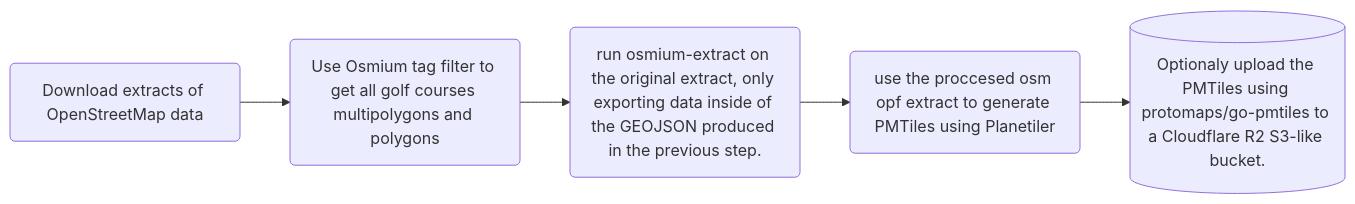
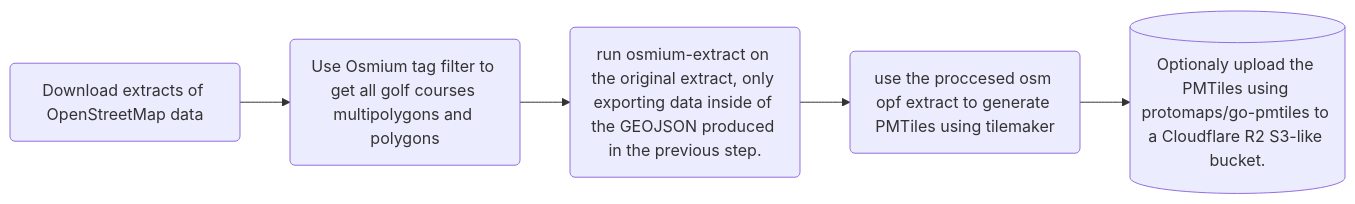
One commit to HuggeK/golfTiles changed the diagram in README.md. Above: the diagram before and after it, drawn with Mermaid.

Commit message:
Changed to be using tilemaker instead of PlanetTiler.

````diff
--- a/README.md
+++ b/README.md
@@ -46,10 +46,10 @@
 ```mermaid
 flowchart LR
-   download(Download extracts of OpenStreetMap data) --> tagfilter(Use Osmium tag filter to get all golf courses multipolygons and polygons) --> osmiumGeographicExtract(run osmium-extract on the original extract, only exporting data inside of the GEOJSON produced in the previous step.) --> Planetiler(use the proccesed osm opf extract to generate PMTiles using Planetiler) --> upload[(Optionaly upload the PMTiles using protomaps/go-pmtiles to a Cloudflare R2 S3-like bucket.)]
+   download(Download extracts of OpenStreetMap data) --> tagfilter(Use Osmium tag filter to get all golf courses multipolygons and polygons) --> osmiumGeographicExtract(run osmium-extract on the original extract, only exporting data inside of the GEOJSON produced in the previous step.) --> tilemaker(use the proccesed osm opf extract to generate PMTiles using tilemaker) --> upload[(Optionaly upload the PMTiles using protomaps/go-pmtiles to a Cloudflare R2 S3-like bucket.)]
 click download "https://switch2osm.org/serving-tiles/#System-requirements"
 click tagfilter "https://docs.osmcode.org/osmium/latest/osmium-tags-filter.html"
 click osmiumGeographicExtract "https://docs.osmcode.org/osmium/latest/osmium-extract.html"
-click Planetiler "https://github.com/openmaptiles/openmaptiles"
+click tilemaker "https://github.com/systemed/tilemaker"
 click upload "https://docs.protomaps.com/pmtiles/cloud-storage"
 
 ```
````
